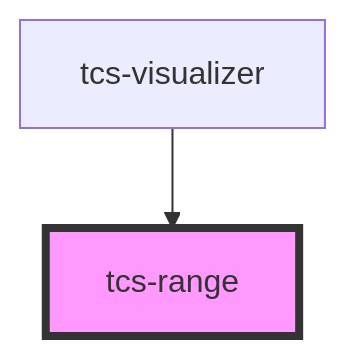
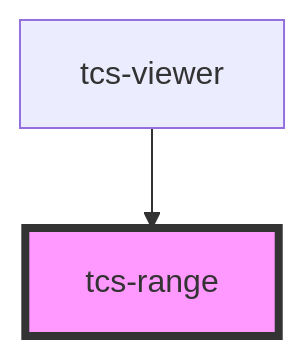
The diagram in src/components/tcs-range/readme.md (scribes-app/tei-component-suite), drawn with Mermaid before and after one commit. The commit also changed other lines of this file and 10 other files, not shown here.

````diff
--- a/src/components/tcs-range/readme.md
+++ b/src/components/tcs-range/readme.md
@@ -50,5 +50,5 @@
 ```mermaid
 graph TD;
-  tcs-visualizer --> tcs-range
+  tcs-viewer --> tcs-range
   style tcs-range fill:#f9f,stroke:#333,stroke-width:4px
 ```
````
